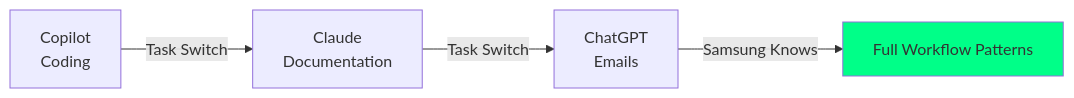
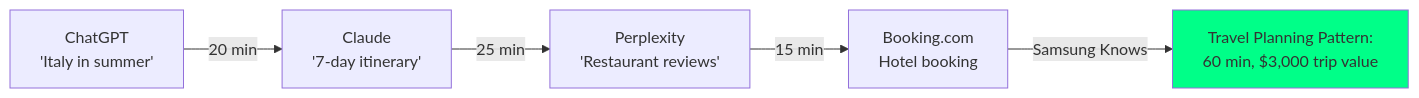
Before and after one commit to yxl74/AI_PITCH: the seventh of 12 diagrams in pitch.md, drawn with Mermaid. The commit also changed other lines of this file, not shown here.

````diff
--- a/pitch.md
+++ b/pitch.md
@@ -243,8 +246,9 @@
 ```mermaid
 graph LR
-    A[Copilot<br/>Coding] -->|Task Switch| B[Claude<br/>Documentation]
-    B -->|Task Switch| C[ChatGPT<br/>Emails]
-    C -->|Samsung Knows| D[Full Workflow Patterns]
+    A[ChatGPT<br/>'Italy in summer'] -->|20 min| B[Claude<br/>'7-day itinerary']
+    B -->|25 min| C[Perplexity<br/>'Restaurant reviews']
+    C -->|15 min| D[Booking.com<br/>Hotel booking]
+    D -->|Samsung Knows| E[Travel Planning Pattern:<br/>60 min, $3,000 trip value]
     
-    style D fill:#00ff88
+    style E fill:#00ff88
 ```
````
